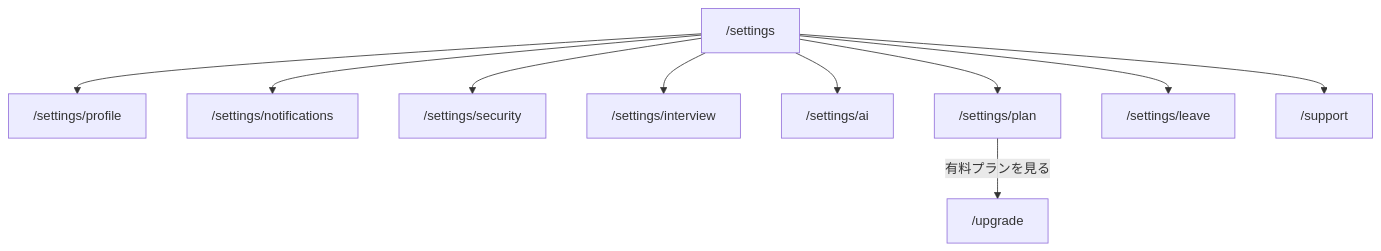
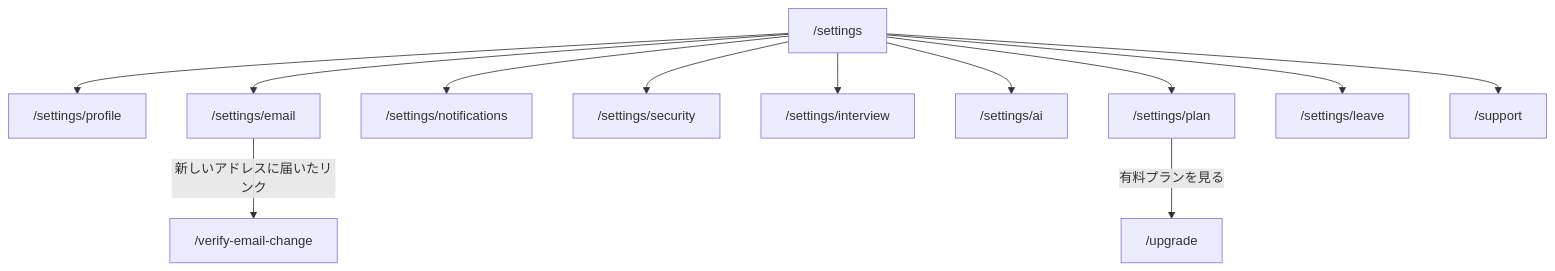
Before and after one commit to masseater/typescript-template: the diagram in apps/internal-dashboard/content/docs/pages/member-settings.md, drawn with Mermaid. The commit also changed other lines of this file and 1 other file, not shown here.

First line of the commit message:
Document member email change in settings and layout specs

````diff
--- a/apps/internal-dashboard/content/docs/pages/member-settings.md
+++ b/apps/internal-dashboard/content/docs/pages/member-settings.md
@@ -71,12 +87,14 @@
 ```mermaid
 flowchart TD
   settings["/settings"] --> profile["/settings/profile"]
+  settings --> email["/settings/email"]
+  email -- 新しいアドレスに届いたリンク --> verify["/verify-email-change"]
   settings --> notifications["/settings/notifications"]
   settings --> security["/settings/security"]
   settings --> interview["/settings/interview"]
   settings --> ai["/settings/ai"]
   settings --> plan["/settings/plan"]
   settings --> leave["/settings/leave"]
   settings --> support["/support"]
   plan -- 有料プランを見る --> upgrade["/upgrade"]
 ```
````
